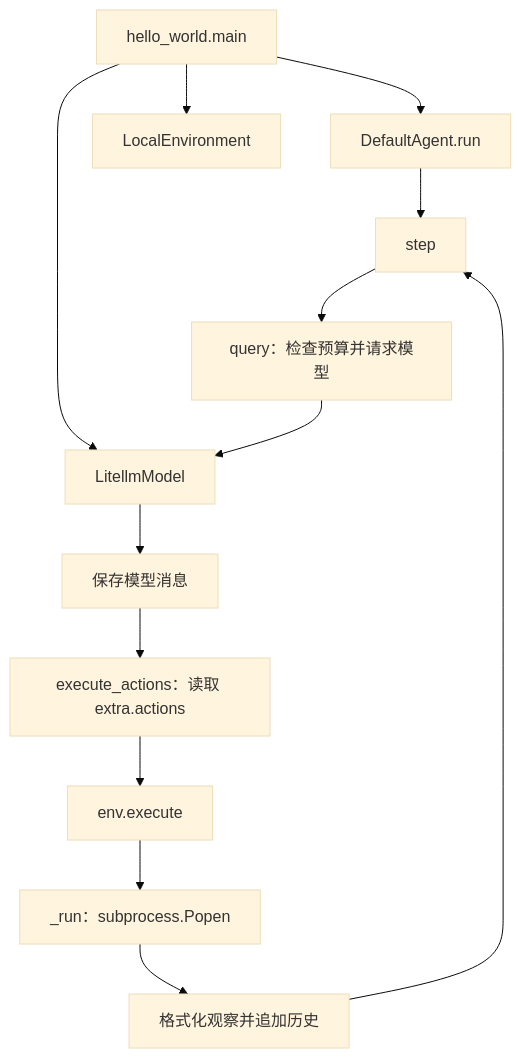
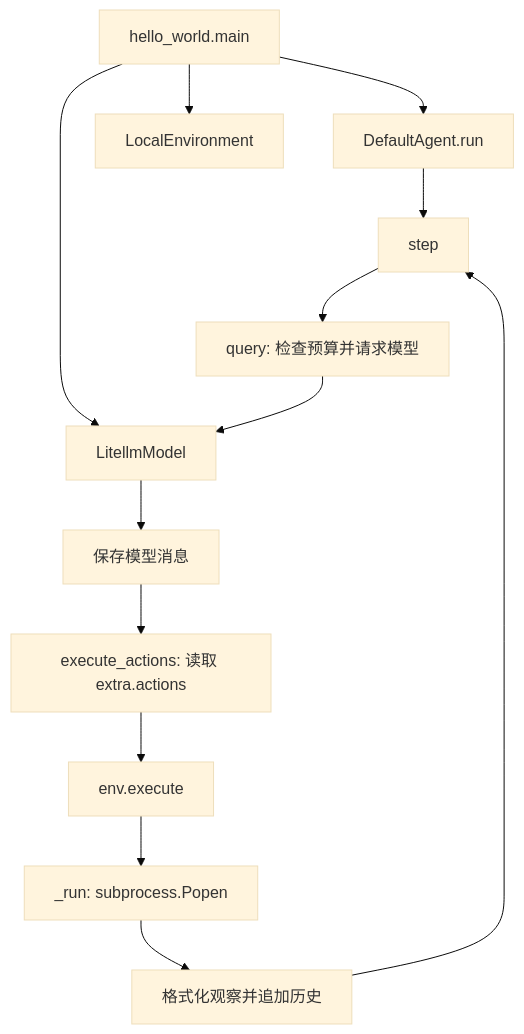
One commit to RoyceChase/mini-swe-agent changed the first of 2 diagrams in study/agent-loop.md. Above: the diagram before and after it, drawn with Mermaid (base theme). The commit also changed other lines of this file, not shown here.

````diff
--- a/study/agent-loop.md
+++ b/study/agent-loop.md
@@ -15,15 +15,15 @@
 ```mermaid
 flowchart TD
     Entry[hello_world.main] --> Agent[DefaultAgent.run]
     Entry --> Model[LitellmModel]
     Entry --> Env[LocalEnvironment]
     Agent --> Step[step]
-    Step --> Query[query：检查预算并请求模型]
+    Step --> Query[query: 检查预算并请求模型]
     Query --> Model
     Model --> History[保存模型消息]
-    History --> Actions[execute_actions：读取 extra.actions]
+    History --> Actions[execute_actions: 读取 extra.actions]
     Actions --> Execute[env.execute]
-    Execute --> Process[_run：subprocess.Popen]
+    Execute --> Process[_run: subprocess.Popen]
     Process --> Observe[格式化观察并追加历史]
     Observe --> Step
 ```
````
